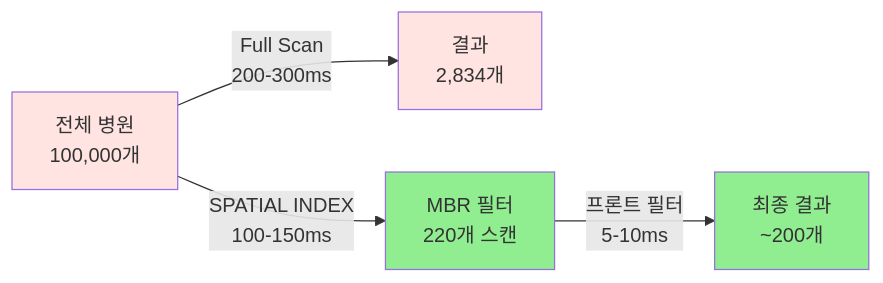
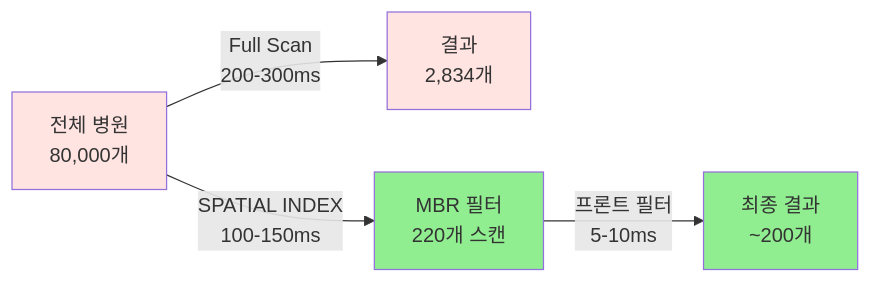
Before and after one commit to medical-info-hub/hospitalInfoProject-backend: the first of 2 diagrams in docs/SPATIAL_INDEX_OPTIMIZATION.md, drawn with Mermaid. The commit also changed other lines of this file, not shown here.

````diff
--- a/docs/SPATIAL_INDEX_OPTIMIZATION.md
+++ b/docs/SPATIAL_INDEX_OPTIMIZATION.md
@@ -902,11 +944,11 @@
 ```mermaid
 graph LR
-    A[전체 병원<br/>100,000개] -->|Full Scan<br/>200-300ms| B[결과<br/>2,834개]
+    A[전체 병원<br/>80,000개] -->|Full Scan<br/>200-300ms| B[결과<br/>2,834개]
     A -->|SPATIAL INDEX<br/>100-150ms| C[MBR 필터<br/>220개 스캔]
     C -->|프론트 필터<br/>5-10ms| D[최종 결과<br/>~200개]
 
     style A fill:#FFE4E1
     style B fill:#FFE4E1
     style C fill:#90EE90
     style D fill:#90EE90
 ```
````
